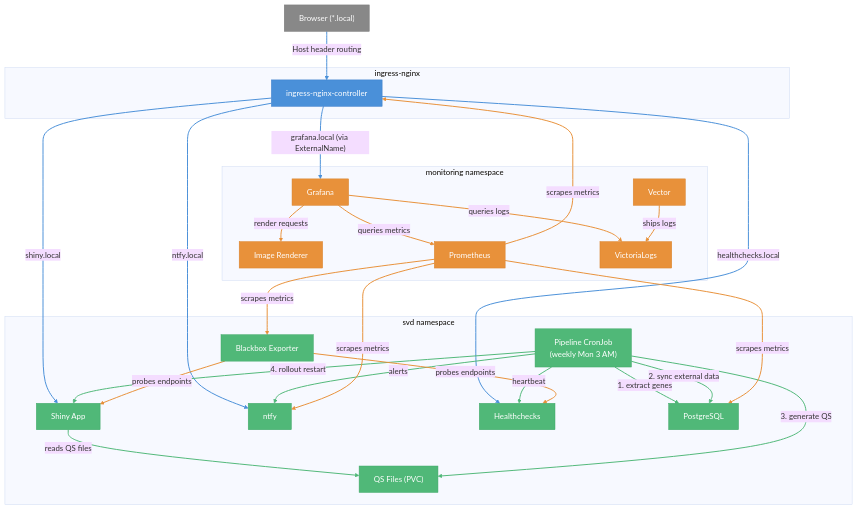
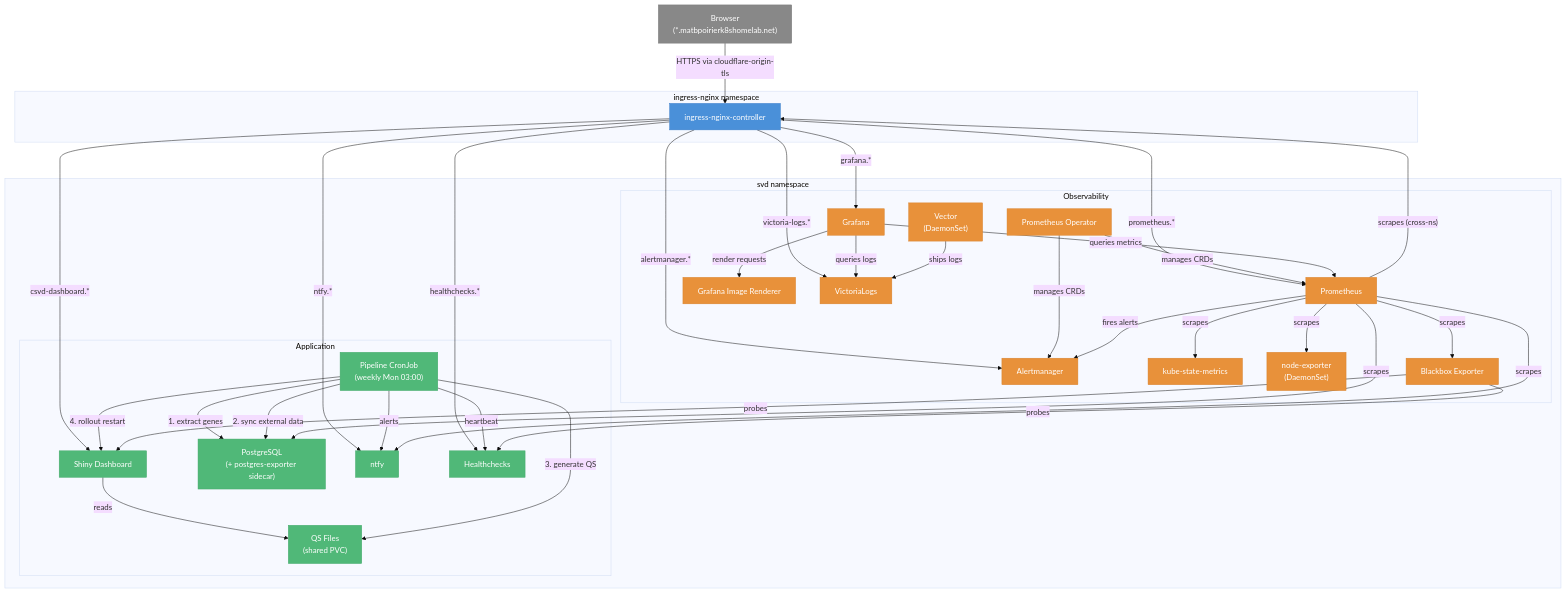
Before and after one commit to mathieubpoiriericm/icm-dashboard: the diagram in docs/kubernetes-namespaces.md, drawn with Mermaid (base theme). The commit also changed other lines of this file and 6 other files, not shown here.

````diff
--- a/docs/kubernetes-namespaces.md
+++ b/docs/kubernetes-namespaces.md
@@ -138,69 +146,77 @@
 ```mermaid
 flowchart TD
-    Browser["Browser (*.local)"]
+    Browser["Browser\n(*.matbpoirierk8shomelab.net)"]
 
-    Browser -->|"Host header routing"| Ingress
-
-    subgraph ingress-nginx
+    subgraph ingress_nginx[ingress-nginx namespace]
         Ingress["ingress-nginx-controller"]
     end
 
-    Ingress -->|"shiny.local"| Shiny
-    Ingress -->|"grafana.local (via ExternalName)"| Grafana
-    Ingress -->|"ntfy.local"| Ntfy
-    Ingress -->|"healthchecks.local"| Healthchecks
+    Browser -->|"HTTPS via cloudflare-origin-tls"| Ingress
 
-    subgraph svd namespace
-        Shiny["Shiny App"]
-        QS["QS Files (PVC)"]
-        PG["PostgreSQL"]
-        Ntfy["ntfy"]
-        Healthchecks["Healthchecks"]
-        Blackbox["Blackbox Exporter"]
-        Pipeline["Pipeline CronJob\n(weekly Mon 3 AM)"]
+    subgraph svd_ns[svd namespace]
+        subgraph app[Application]
+            Shiny["Shiny Dashboard"]
+            QS["QS Files\n(shared PVC)"]
+            PG["PostgreSQL\n(+ postgres-exporter sidecar)"]
+            Ntfy["ntfy"]
+            Healthchecks["Healthchecks"]
+            Pipeline["Pipeline CronJob\n(weekly Mon 03:00)"]
+        end
 
-        Shiny -->|"reads QS files"| QS
-        Pipeline -->|"1. extract genes"| PG
-        Pipeline -->|"2. sync external data"| PG
-        Pipeline -->|"3. generate QS"| QS
-        Pipeline -->|"4. rollout restart"| Shiny
-        Pipeline -->|"alerts"| Ntfy
-        Pipeline -->|"heartbeat"| Healthchecks
+        subgraph obs[Observability]
+            Prometheus["Prometheus"]
+            Alertmanager["Alertmanager"]
+            Operator["Prometheus Operator"]
+            KSM["kube-state-metrics"]
+            NodeExp["node-exporter\n(DaemonSet)"]
+            Grafana["Grafana"]
+            Renderer["Grafana Image Renderer"]
+            Blackbox["Blackbox Exporter"]
+            VictoriaLogs["VictoriaLogs"]
+            Vector["Vector\n(DaemonSet)"]
+        end
     end
 
-    subgraph monitoring namespace
-        Grafana["Grafana"]
-        Renderer["Image Renderer"]
-        Prometheus["Prometheus"]
-        VictoriaLogs["VictoriaLogs"]
-        Vector["Vector"]
+    Ingress -->|"csvd-dashboard.*"| Shiny
+    Ingress -->|"ntfy.*"| Ntfy
+    Ingress -->|"healthchecks.*"| Healthchecks
+    Ingress -->|"grafana.*"| Grafana
+    Ingress -->|"prometheus.*"| Prometheus
+    Ingress -->|"alertmanager.*"| Alertmanager
+    Ingress -->|"victoria-logs.*"| VictoriaLogs
 
-        Grafana -->|"queries metrics"| Prometheus
-        Grafana -->|"queries logs"| VictoriaLogs
-        Grafana -->|"render requests"| Renderer
-        Vector -->|"ships logs"| VictoriaLogs
-    end
+    Shiny -->|"reads"| QS
+    Pipeline -->|"1. extract genes"| PG
+    Pipeline -->|"2. sync external data"| PG
+    Pipeline -->|"3. generate QS"| QS
+    Pipeline -->|"4. rollout restart"| Shiny
+    Pipeline -->|"alerts"| Ntfy
+    Pipeline -->|"heartbeat"| Healthchecks
 
-    Prometheus -->|"scrapes metrics"| Ingress
-    Prometheus -->|"scrapes metrics"| Blackbox
-    Prometheus -->|"scrapes metrics"| PG
-    Prometheus -->|"scrapes metrics"| Ntfy
-    Blackbox -->|"probes endpoints"| Shiny
-    Blackbox -->|"probes endpoints"| Healthchecks
+    Operator -->|"manages CRDs"| Prometheus
+    Operator -->|"manages CRDs"| Alertmanager
+    Prometheus -->|"fires alerts"| Alertmanager
+    Grafana -->|"queries metrics"| Prometheus
+    Grafana -->|"queries logs"| VictoriaLogs
+    Grafana -->|"render requests"| Renderer
 
-    %% Node colors by namespace
+    Prometheus -->|"scrapes"| PG
+    Prometheus -->|"scrapes"| Ntfy
+    Prometheus -->|"scrapes"| KSM
+    Prometheus -->|"scrapes"| NodeExp
+    Prometheus -->|"scrapes"| Blackbox
+    Prometheus -->|"scrapes (cross-ns)"| Ingress
+    Blackbox -->|"probes"| Shiny
+    Blackbox -->|"probes"| Healthchecks
+    Vector -->|"ships logs"| VictoriaLogs
+
     classDef ingress fill:#4a90d9,stroke:#3a7bc8,color:#fff
-    classDef svdNode fill:#50b878,stroke:#40a868,color:#fff
-    classDef monNode fill:#e8913a,stroke:#d8812a,color:#fff
+    classDef appNode fill:#50b878,stroke:#40a868,color:#fff
+    classDef obsNode fill:#e8913a,stroke:#d8812a,color:#fff
     classDef external fill:#888,stroke:#777,color:#fff
 
     class Browser external
     class Ingress ingress
-    class Shiny,QS,PG,Ntfy,Healthchecks,Blackbox,Pipeline svdNode
-    class Grafana,Renderer,Prometheus,VictoriaLogs,Vector monNode
-
-    %% Edge colors by flow type
-    linkStyle 0,1,2,3,4 stroke:#4a90d9,stroke-width:2px
-    linkStyle 5,6,7,8,9,10,11 stroke:#50b878,stroke-width:2px
-    linkStyle 12,13,14,15,16,17,18,19,20,21 stroke:#e8913a,stroke-width:2px
+    class Shiny,QS,PG,Ntfy,Healthchecks,Pipeline appNode
+    class Prometheus,Alertmanager,Operator,KSM,NodeExp,Grafana,Renderer,Blackbox,VictoriaLogs,Vector obsNode
 ```
````
